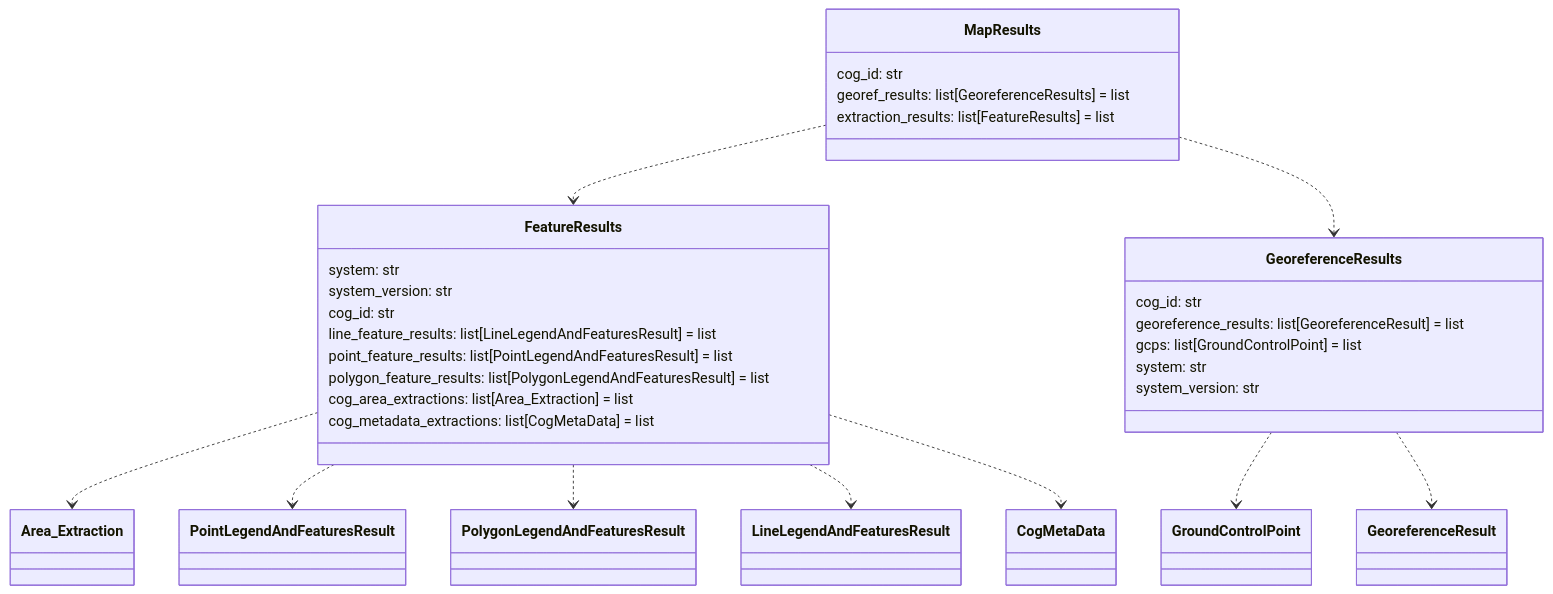
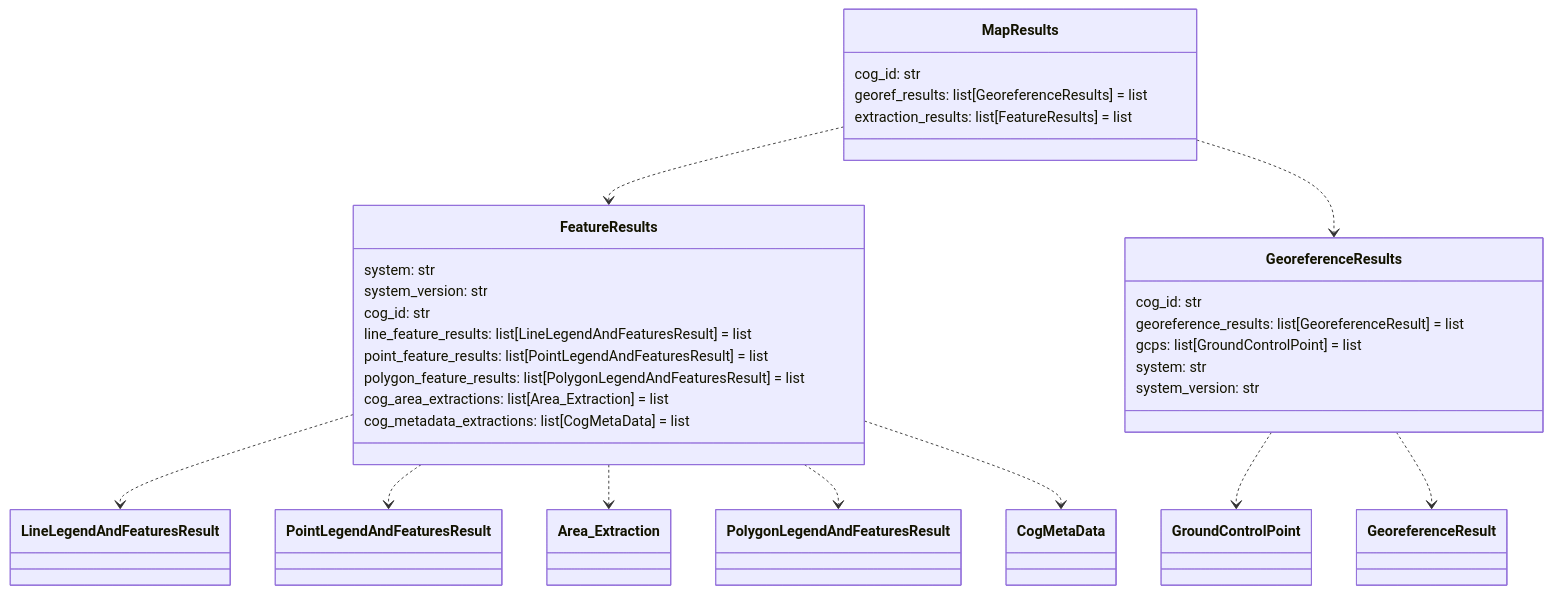
Before and after one commit to DARPA-CRITICALMAAS/cdr_schemas: diagram 11 of 14 in README.md, drawn with Mermaid. The commit also changed other lines of this file and 1 other file, not shown here.

First line of the commit message:
Updated schema for BNN

````diff
--- a/README.md
+++ b/README.md
@@ -937,40 +937,40 @@
 ```mermaid
 classDiagram
-
-    class FeatureResults {
-        system: str
-        system_version: str
-        cog_id: str
-        line_feature_results: list[LineLegendAndFeaturesResult] = list
-        point_feature_results: list[PointLegendAndFeaturesResult] = list
-        polygon_feature_results: list[PolygonLegendAndFeaturesResult] = list
-        cog_area_extractions: list[Area_Extraction] = list
-        cog_metadata_extractions: list[CogMetaData] = list
-    }
 
     class MapResults {
         cog_id: str
         georef_results: list[GeoreferenceResults] = list
         extraction_results: list[FeatureResults] = list
     }
 
     class GeoreferenceResults {
         cog_id: str
         georeference_results: list[GeoreferenceResult] = list
         gcps: list[GroundControlPoint] = list
         system: str
         system_version: str
     }
 
+    class FeatureResults {
+        system: str
+        system_version: str
+        cog_id: str
+        line_feature_results: list[LineLegendAndFeaturesResult] = list
+        point_feature_results: list[PointLegendAndFeaturesResult] = list
+        polygon_feature_results: list[PolygonLegendAndFeaturesResult] = list
+        cog_area_extractions: list[Area_Extraction] = list
+        cog_metadata_extractions: list[CogMetaData] = list
+    }
+
+    FeatureResults ..> LineLegendAndFeaturesResult
+    FeatureResults ..> PointLegendAndFeaturesResult
     FeatureResults ..> Area_Extraction
-    FeatureResults ..> PointLegendAndFeaturesResult
     FeatureResults ..> PolygonLegendAndFeaturesResult
-    FeatureResults ..> LineLegendAndFeaturesResult
     FeatureResults ..> CogMetaData
     GeoreferenceResults ..> GroundControlPoint
     GeoreferenceResults ..> GeoreferenceResult
     MapResults ..> FeatureResults
     MapResults ..> GeoreferenceResults
 
 
 ```
````
